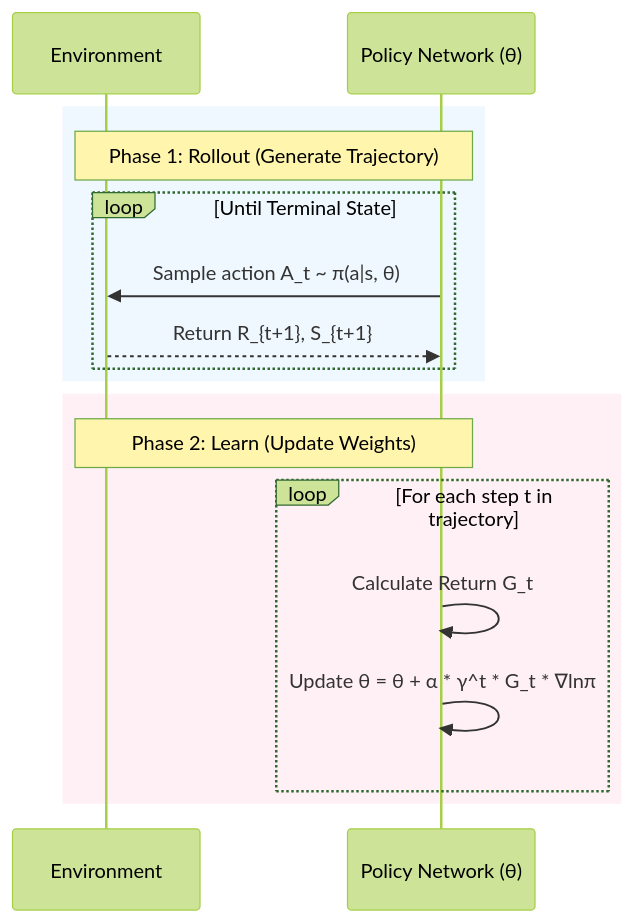
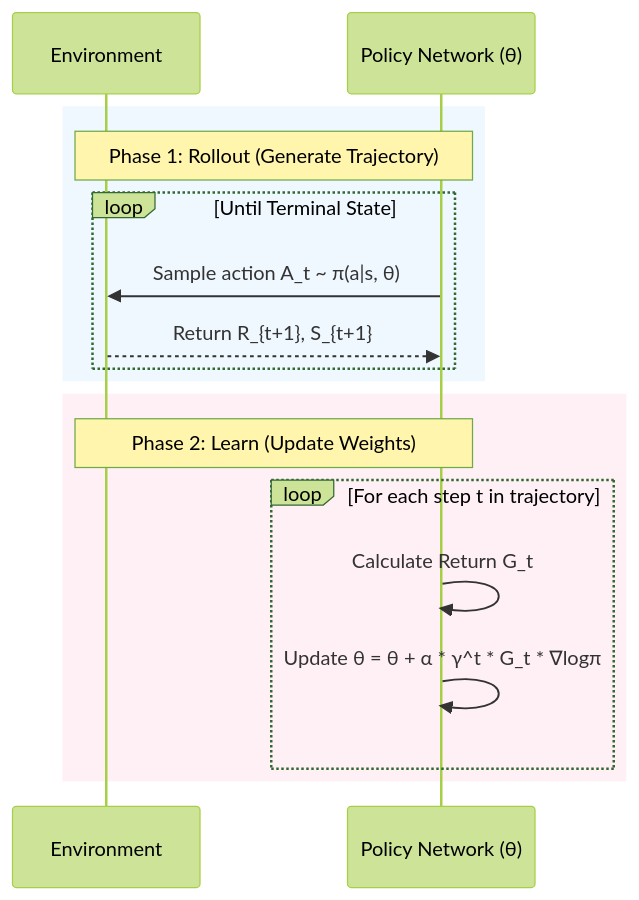
One commit to samratkar/drl changed the second of 2 diagrams in barto-sutton-graesser-keng/lecture9-policy-gradient/lecture9-policy-gradient.md. Above: the diagram before and after it, drawn with Mermaid (forest theme). The commit also changed other lines of this file, not shown here.

````diff
--- a/barto-sutton-graesser-keng/lecture9-policy-gradient/lecture9-policy-gradient.md
+++ b/barto-sutton-graesser-keng/lecture9-policy-gradient/lecture9-policy-gradient.md
@@ -245,21 +262,21 @@
 ```mermaid
 sequenceDiagram
     participant Env as Environment
     participant Agent as Policy Network (θ)
     
     rect rgb(240, 248, 255)
     Note over Env, Agent: Phase 1: Rollout (Generate Trajectory)
     loop Until Terminal State
         Agent->>Env: Sample action A_t ~ π(a|s, θ)
         Env-->>Agent: Return R_{t+1}, S_{t+1}
     end
     end
     
     rect rgb(255, 240, 245)
     Note over Env, Agent: Phase 2: Learn (Update Weights)
     loop For each step t in trajectory
         Agent->>Agent: Calculate Return G_t
-        Agent->>Agent: Update θ = θ + α * γ^t * G_t * ∇lnπ
+        Agent->>Agent: Update θ = θ + α * γ^t * G_t * ∇logπ
     end
     end
 ```
````
